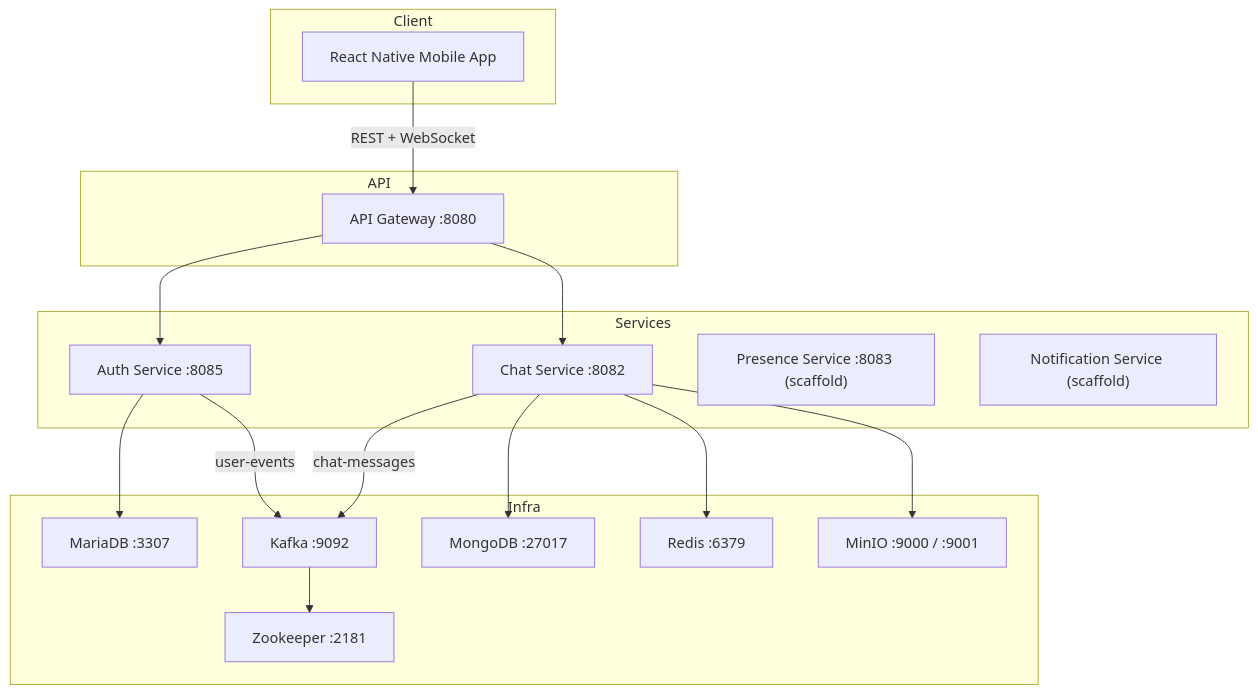
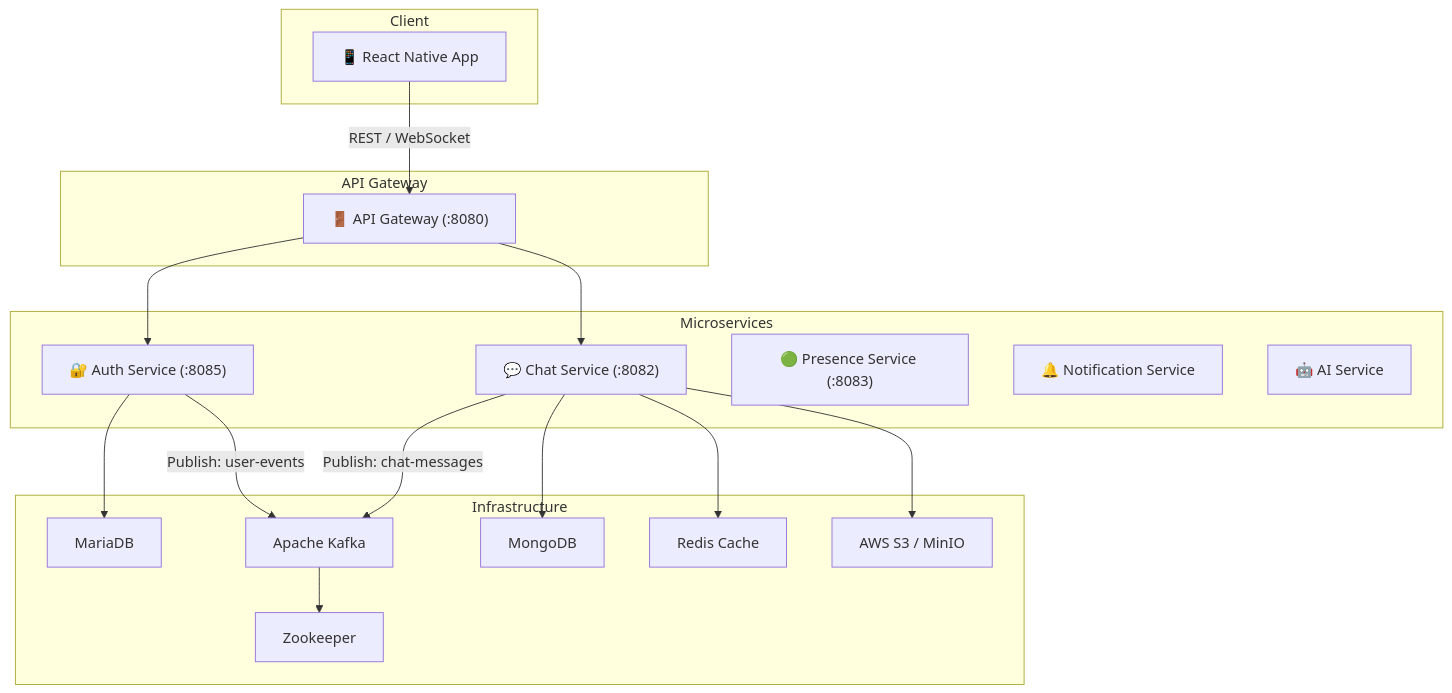
The diagram in README.md (Hiep0718/IUH_CONNECT), drawn with Mermaid before and after one commit. The commit also changed other lines of this file and 8 other files, not shown here.

````diff
--- a/README.md
+++ b/README.md
@@ -95,40 +37,41 @@
 ```mermaid
 graph TB
     subgraph Client
-        FE["React Native Mobile App"]
+        FE["📱 React Native App"]
     end
 
-    subgraph API
-        GW["API Gateway :8080"]
+    subgraph API Gateway
+        GW["🚪 API Gateway (:8080)"]
     end
 
-    subgraph Services
-        AUTH["Auth Service :8085"]
-        CHAT["Chat Service :8082"]
-        PRESVC["Presence Service :8083 (scaffold)"]
-        NOTI["Notification Service (scaffold)"]
+    subgraph Microservices
+        AUTH["🔐 Auth Service (:8085)"]
+        CHAT["💬 Chat Service (:8082)"]
+        PRESVC["🟢 Presence Service (:8083)"]
+        NOTI["🔔 Notification Service"]
+        AI["🤖 AI Service"]
     end
 
-    subgraph Infra
-        ZK["Zookeeper :2181"]
-        KAFKA["Kafka :9092"]
-        MARIA["MariaDB :3307"]
-        MONGO["MongoDB :27017"]
-        REDIS["Redis :6379"]
-        MINIO["MinIO :9000 / :9001"]
+    subgraph Infrastructure
+        ZK["Zookeeper"]
+        KAFKA["Apache Kafka"]
+        MARIA["MariaDB"]
+        MONGO["MongoDB"]
+        REDIS["Redis Cache"]
+        S3["AWS S3 / MinIO"]
     end
 
-    FE -->|"REST + WebSocket"| GW
+    FE -->|"REST / WebSocket"| GW
     GW --> AUTH
     GW --> CHAT
-
+    
     AUTH --> MARIA
-    AUTH -->|"user-events"| KAFKA
-
-    CHAT -->|"chat-messages"| KAFKA
+    AUTH -->|"Publish: user-events"| KAFKA
+    
+    CHAT -->|"Publish: chat-messages"| KAFKA
     CHAT --> MONGO
     CHAT --> REDIS
-    CHAT --> MINIO
-
+    CHAT --> S3
+    
     KAFKA --> ZK
 ```
````
